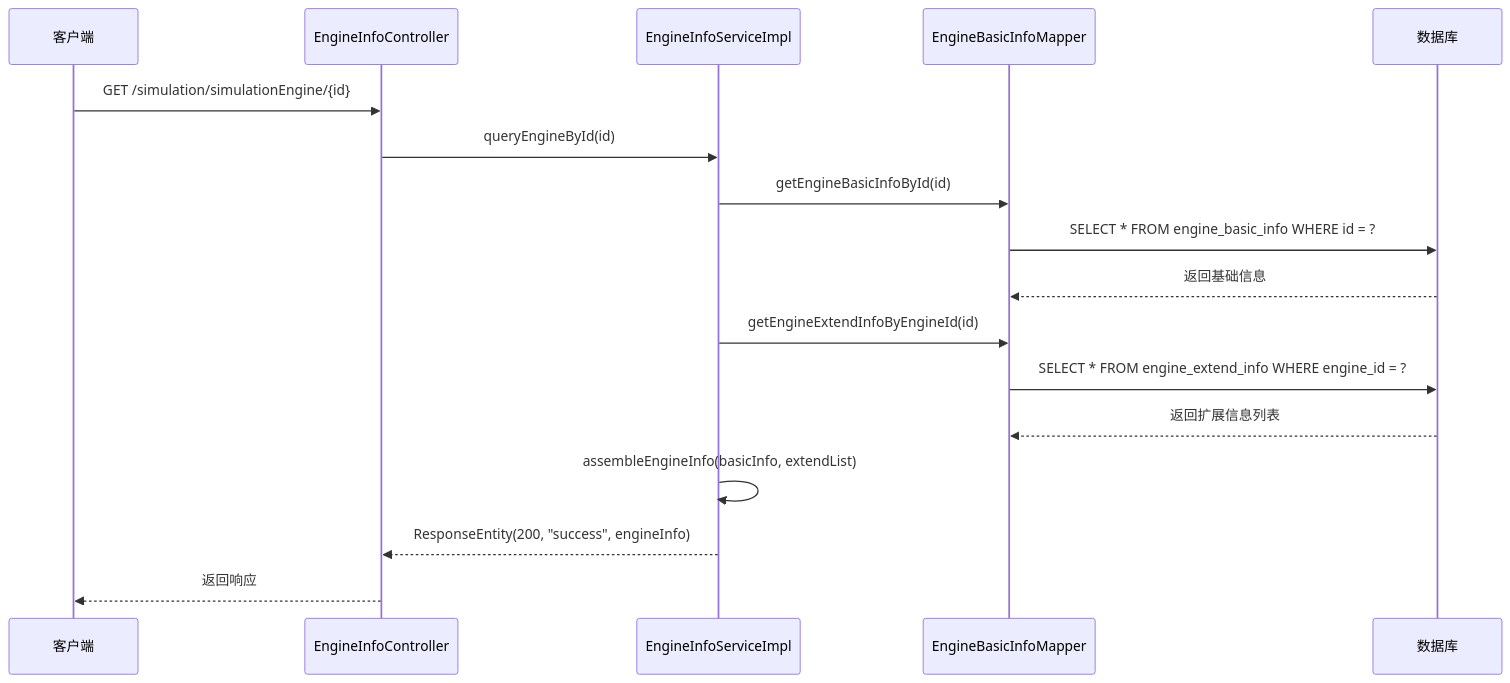
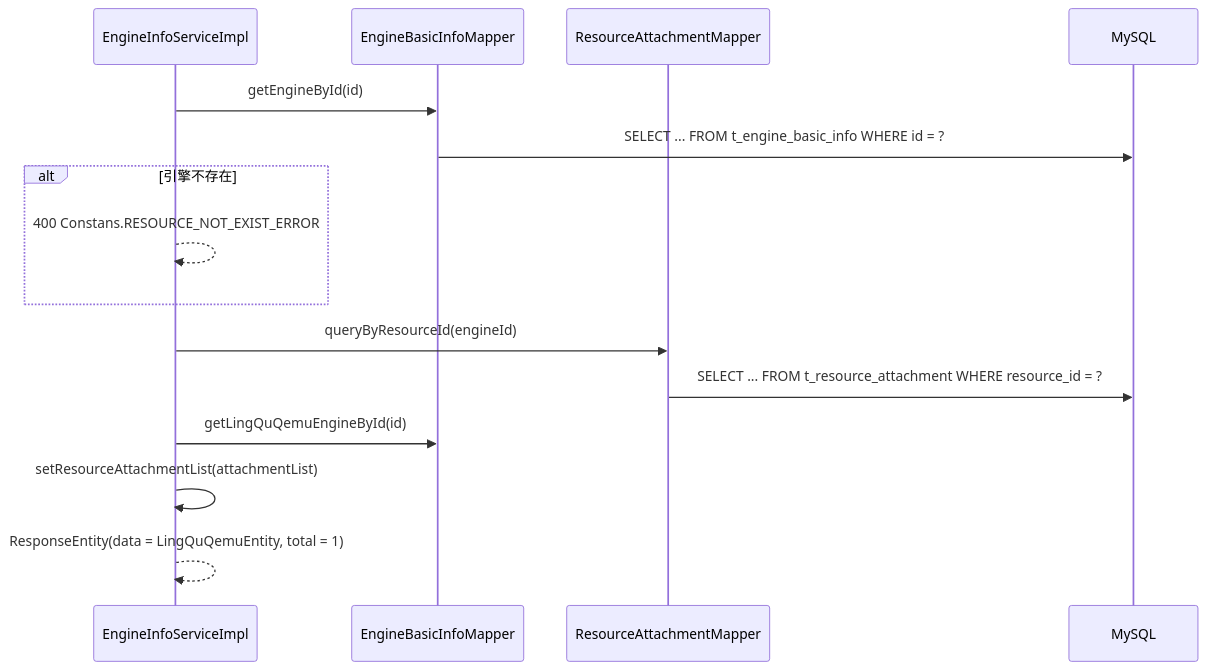
One commit to ozvale/openlibing-docs changed the second of 3 diagrams in spec/openlibing-simulation/system_design/引擎信息管理系统设计.md. Above: the diagram before and after it, drawn with Mermaid. The commit also changed other lines of this file, not shown here.

First line of the commit message:
docs(spec/openlibing-simulation): 重写引擎信息管理系统设计对齐代码实现

````diff
--- a/spec/openlibing-simulation/system_design/引擎信息管理系统设计.md
+++ b/spec/openlibing-simulation/system_design/引擎信息管理系统设计.md
@@ -69,24 +129,18 @@
 ```mermaid
 sequenceDiagram
-    participant Client as 客户端
-    participant Controller as EngineInfoController
-    participant Service as EngineInfoServiceImpl
-    participant Mapper as EngineBasicInfoMapper
-    participant DB as 数据库
+    participant Svc as EngineInfoServiceImpl
+    participant M as EngineBasicInfoMapper
+    participant AM as ResourceAttachmentMapper
+    participant DB as MySQL
 
-    Client->>Controller: GET /simulation/simulationEngine/{id}
-    Controller->>Service: queryEngineById(id)
-    
-    Service->>Mapper: getEngineBasicInfoById(id)
-    Mapper->>DB: SELECT * FROM engine_basic_info WHERE id = ?
-    DB-->>Mapper: 返回基础信息
-    
-    Service->>Mapper: getEngineExtendInfoByEngineId(id)
-    Mapper->>DB: SELECT * FROM engine_extend_info WHERE engine_id = ?
-    DB-->>Mapper: 返回扩展信息列表
-    
-    Service->>Service: assembleEngineInfo(basicInfo, extendList)
-    Service-->>Controller: ResponseEntity(200, "success", engineInfo)
-    
-    Controller-->>Client: 返回响应
+    Svc->>M: getEngineById(id)
+    M->>DB: SELECT ... FROM t_engine_basic_info WHERE id = ?
+    alt 引擎不存在
+        Svc-->>Svc: 400 Constans.RESOURCE_NOT_EXIST_ERROR
+    end
+    Svc->>AM: queryByResourceId(engineId)
+    AM->>DB: SELECT ... FROM t_resource_attachment WHERE resource_id = ?
+    Svc->>M: getLingQuQemuEngineById(id)
+    Svc->>Svc: setResourceAttachmentList(attachmentList)
+    Svc-->>Svc: ResponseEntity(data = LingQuQemuEntity, total = 1)
 ```
````
